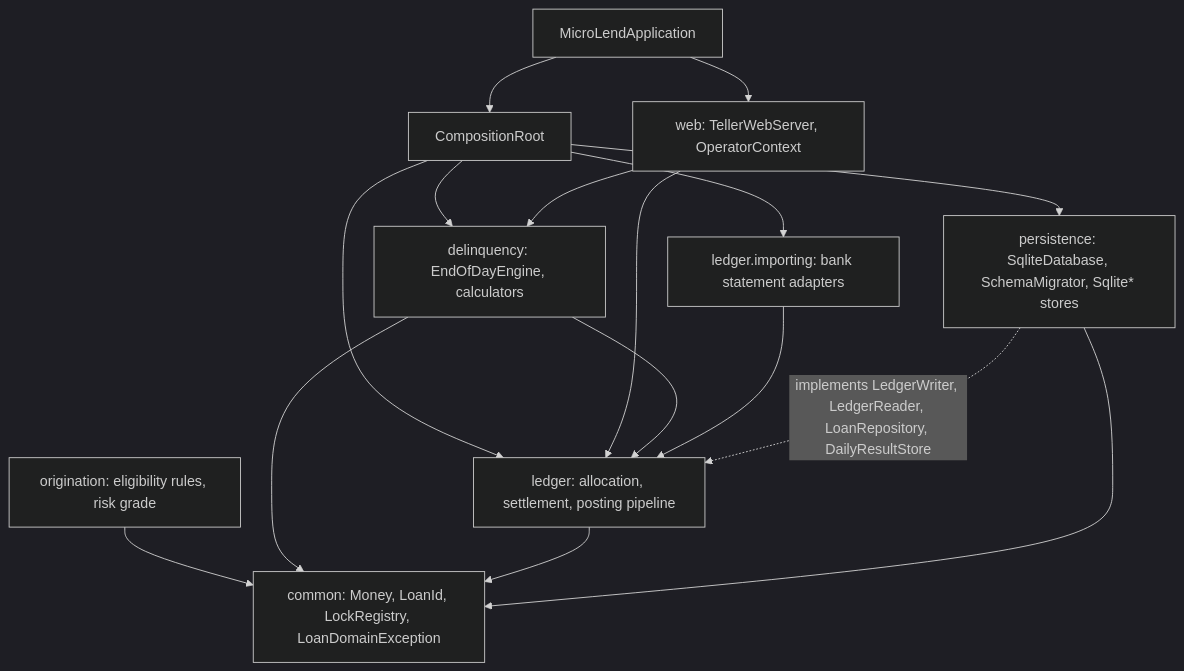
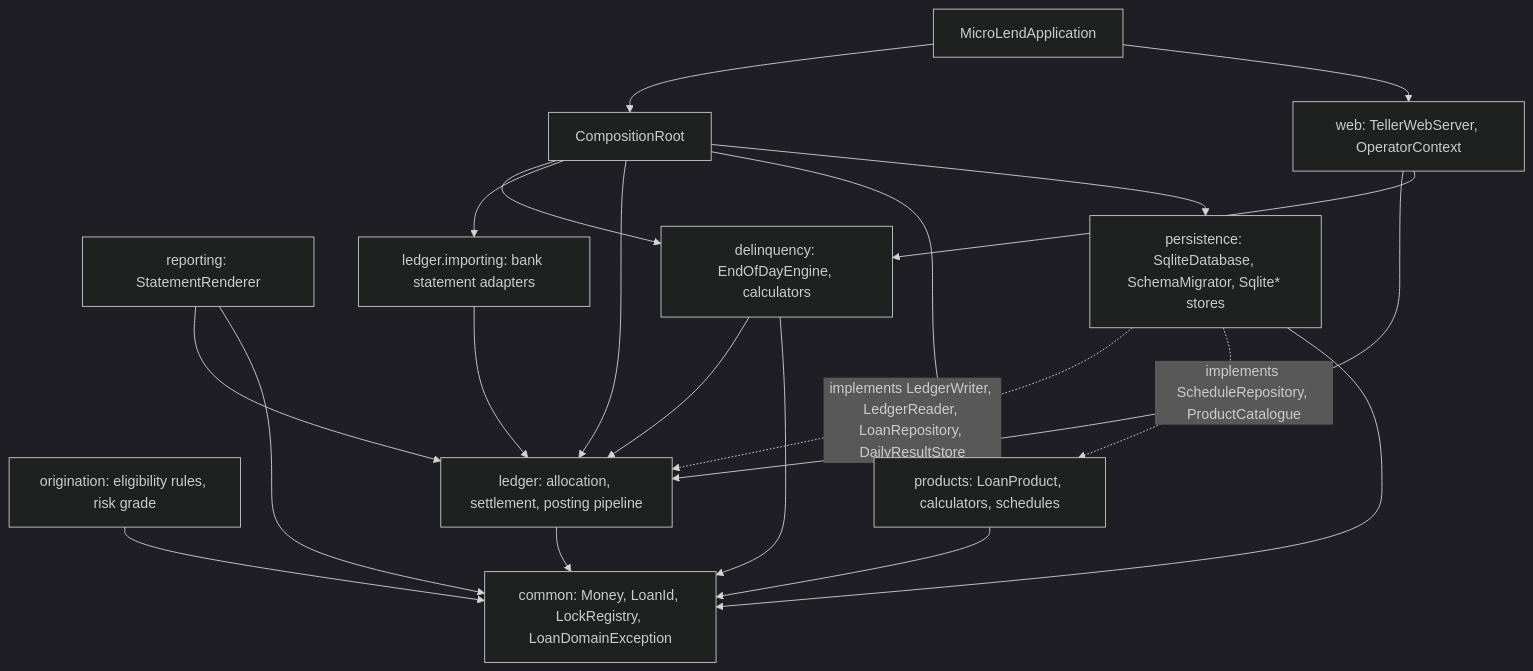
The first of 4 diagrams in docs/M2-SE423-Architecture-Implementation.md (MicroLend-SE423/microlend), drawn with Mermaid (dark theme) before and after one commit. The commit also changed other lines of this file and 19 other files, not shown here.

First line of the commit message:
docs: bring M2 records to the merged build with products and reporting

````diff
--- a/docs/M2-SE423-Architecture-Implementation.md
+++ b/docs/M2-SE423-Architecture-Implementation.md
@@ -48,27 +48,34 @@
 ```mermaid
 flowchart TB
     APP[MicroLendApplication]
     ROOT[CompositionRoot]
     WEB[web: TellerWebServer, OperatorContext]
     ORG[origination: eligibility rules, risk grade]
+    PRD[products: LoanProduct, calculators, schedules]
+    REP[reporting: StatementRenderer]
     DEL[delinquency: EndOfDayEngine, calculators]
     IMP[ledger.importing: bank statement adapters]
     LED[ledger: allocation, settlement, posting pipeline]
     PER[persistence: SqliteDatabase, SchemaMigrator, Sqlite* stores]
     COM[common: Money, LoanId, LockRegistry, LoanDomainException]
     APP --> ROOT
     APP --> WEB
     ROOT --> DEL
     ROOT --> IMP
     ROOT --> LED
+    ROOT --> PRD
     ROOT --> PER
     WEB --> LED
     WEB --> DEL
     DEL --> LED
     IMP --> LED
+    REP --> LED
     ORG --> COM
+    PRD --> COM
+    REP --> COM
     DEL --> COM
     LED --> COM
     PER -.implements LedgerWriter, LedgerReader, LoanRepository, DailyResultStore.-> LED
+    PER -.implements ScheduleRepository, ProductCatalogue.-> PRD
     PER --> COM
 ```
````
